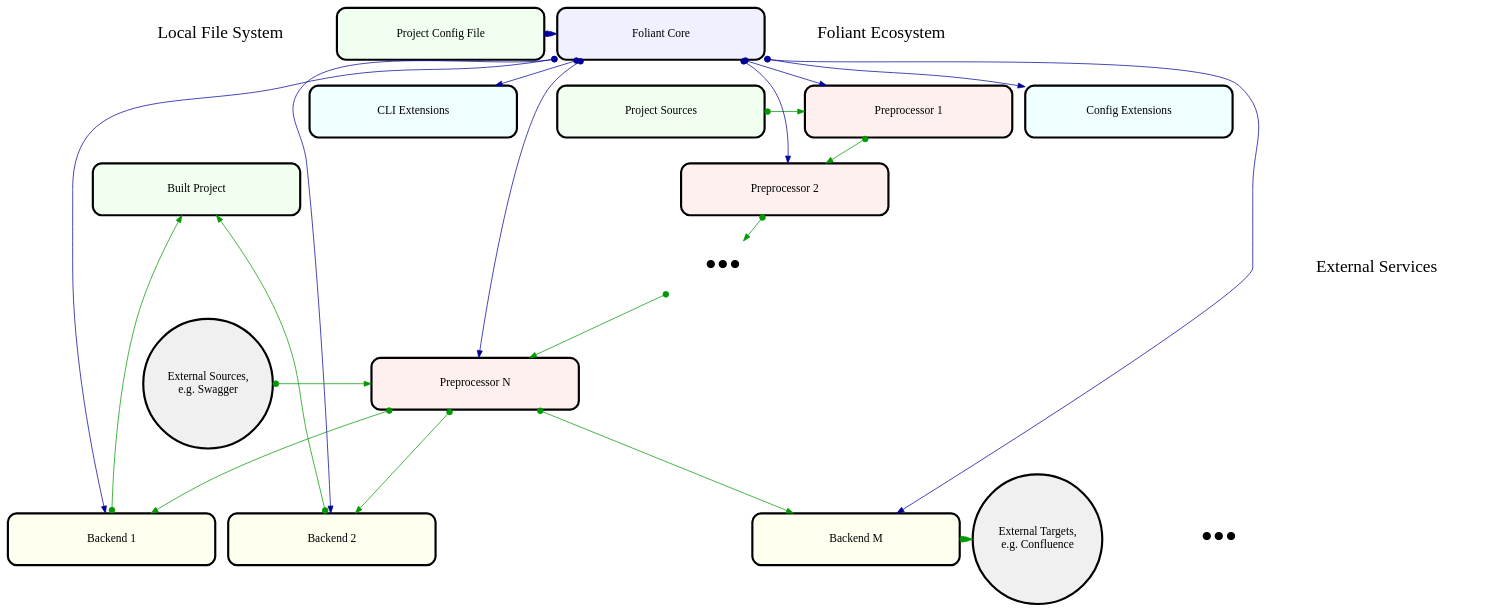
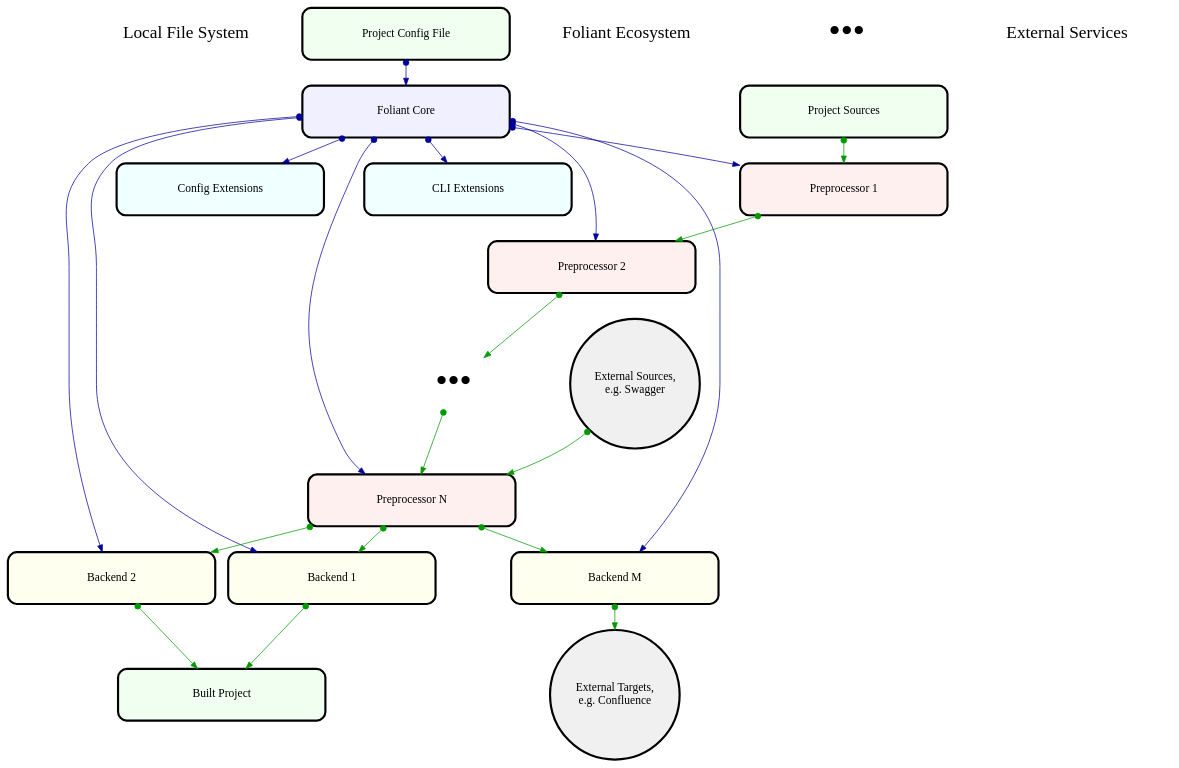
The diagram in examples/02_foliant_architecture_pretty/target/architecture.gv (foliant-docs/archeme), drawn with Graphviz before and after one commit. The commit also changed 11 other files, not shown here.

```diff
--- a/examples/02_foliant_architecture_pretty/target/architecture.gv
+++ b/examples/02_foliant_architecture_pretty/target/architecture.gv
@@ -1,84 +1,44 @@
 digraph {
 graph [splines = "true", fontname = "PT Sans Caption", fontsize = "16"];
 node [shape = "box", fixedsize = "true", width = "4", height = "1", penwidth = "3", fontname = "PT Sans Caption", fontsize = "16"];
 edge [dir = "both", arrowtail = "dot", arrowhead = "normal"];
 "file_system_caption" [penwidth = "0", fontsize = "24", label = "Local File System", pos = "0, 0!"];
 "config" [style = "filled, rounded", fillcolor = "#f0fff0", label = "Project Config File", pos = "0, -200!"];
 "src" [style = "filled, rounded", fillcolor = "#f0fff0", label = "Project Sources", pos = "0, -400!"];
 "artifacts" [style = "filled, rounded", fillcolor = "#f0fff0", label = "Built Project", pos = "0, -600!"];
 "foliant_ecosystem_caption" [penwidth = "0", fontsize = "24", label = "Foliant Ecosystem", pos = "1200, 0!"];
 "core" [style = "filled, rounded", fillcolor = "#f0f0ff", label = "Foliant Core", pos = "1200, -200!"];
 "config_extensions" [style = "filled, rounded", fillcolor = "#f0ffff", label = "Config Extensions", pos = "2000, -400!"];
 "cli_extensions" [style = "filled, rounded", fillcolor = "#f0ffff", label = "CLI Extensions", pos = "1600, -400!"];
 "preprocessor_1" [style = "filled, rounded", fillcolor = "#fff0f0", label = "Preprocessor 1", pos = "800, -400!"];
 "preprocessor_2" [style = "filled, rounded", fillcolor = "#fff0f0", label = "Preprocessor 2", pos = "800, -600!"];
 "more_preprocessors" [penwidth = "0", fontsize = "48", label = "•••", pos = "800, -800!"];
 "preprocessor_n" [style = "filled, rounded", fillcolor = "#fff0f0", label = "Preprocessor N", pos = "800, -1000!"];
 "backend_1" [style = "filled, rounded", fillcolor = "#fffff0", label = "Backend 1", pos = "800, -1200!"];
 "backend_2" [style = "filled, rounded", fillcolor = "#fffff0", label = "Backend 2", pos = "1200, -1200!"];
 "more_backends" [penwidth = "0", fontsize = "48", label = "•••", pos = "1600, -1200!"];
 "backend_m" [style = "filled, rounded", fillcolor = "#fffff0", label = "Backend M", pos = "2000, -1200!"];
 "external_services_caption" [penwidth = "0", fontsize = "24", label = "External Services", pos = "2800, -800!"];
 "external_sources" [shape = "circle", width = "2.5", height = "2.5", style = "filled", fillcolor = "#f0f0f0", label = "External Sources,\ne.g. Swagger", pos = "2800, -1000!"];
 "external_targets" [shape = "circle", width = "2.5", height = "2.5", style = "filled", fillcolor = "#f0f0f0", label = "External Targets,\ne.g. Confluence", pos = "2800, -1200!"];
 "config" -> "core" [color = "#000099"];
 "core" -> "config_extensions" [color = "#000099"];
 "core" -> "cli_extensions" [color = "#000099"];
 "core" -> "preprocessor_1" [color = "#000099"];
 "core" -> "preprocessor_2" [color = "#000099"];
 "core" -> "preprocessor_n" [color = "#000099"];
 "core" -> "backend_1" [color = "#000099"];
 "core" -> "backend_2" [color = "#000099"];
 "core" -> "backend_m" [color = "#000099"];
 "src" -> "preprocessor_1" [color = "#009900"];
 "preprocessor_1" -> "preprocessor_2" [color = "#009900"];
 "preprocessor_2" -> "more_preprocessors" [color = "#009900"];
 "more_preprocessors" -> "preprocessor_n" [color = "#009900"];
 "external_sources" -> "preprocessor_n" [color = "#009900"];
 "preprocessor_n" -> "backend_1" [color = "#009900"];
 "preprocessor_n" -> "backend_2" [color = "#009900"];
 "preprocessor_n" -> "backend_m" [color = "#009900"];
 "backend_1" -> "artifacts" [color = "#009900"];
 "backend_2" -> "artifacts" [color = "#009900"];
 "backend_m" -> "external_targets" [color = "#009900"];
-subgraph {
-rank = "same";
-"file_system_caption";
-"foliant_ecosystem_caption";
 }
-subgraph {
-rank = "same";
-"config";
-"core";
-}
-subgraph {
-rank = "same";
-"src";
-"preprocessor_1";
-"cli_extensions";
-"config_extensions";
-}
-subgraph {
-rank = "same";
-"artifacts";
-"preprocessor_2";
-}
-subgraph {
-rank = "same";
-"more_preprocessors";
-"external_services_caption";
-}
-subgraph {
-rank = "same";
-"preprocessor_n";
-"external_sources";
-}
-subgraph {
-rank = "same";
-"backend_1";
-"backend_2";
-"more_backends";
-"backend_m";
-"external_targets";
-}
-}
```
